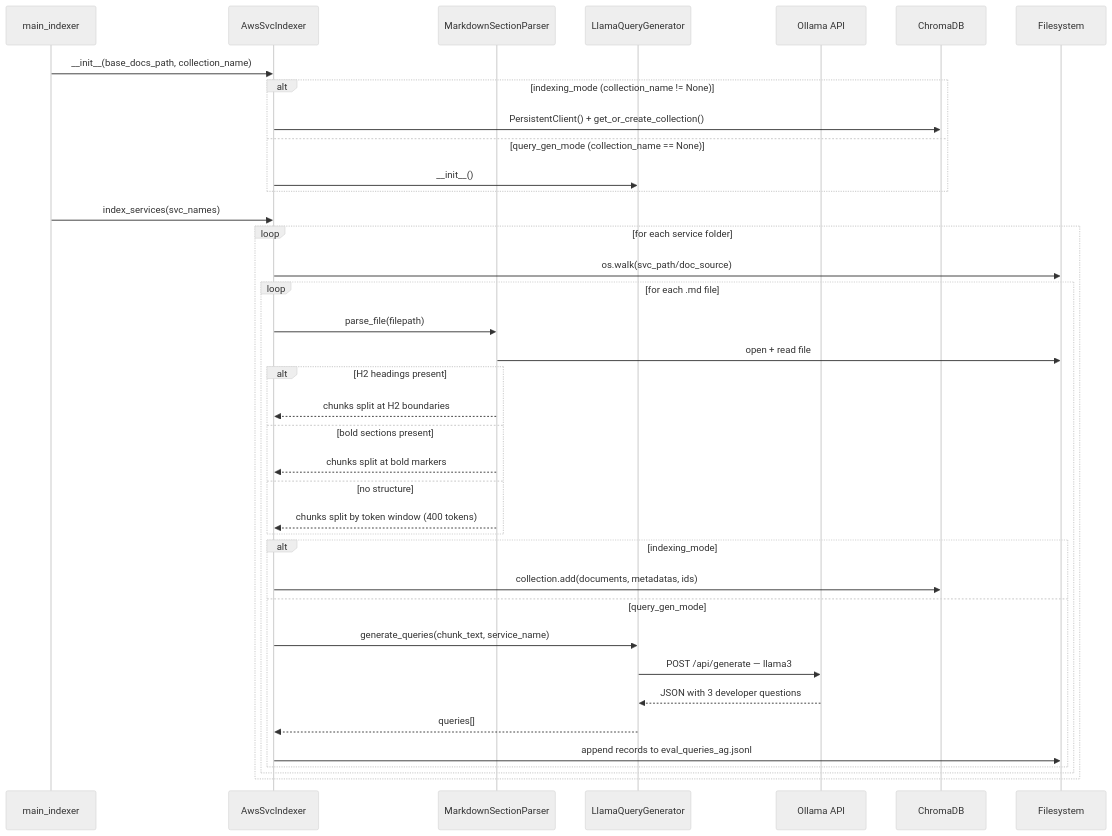
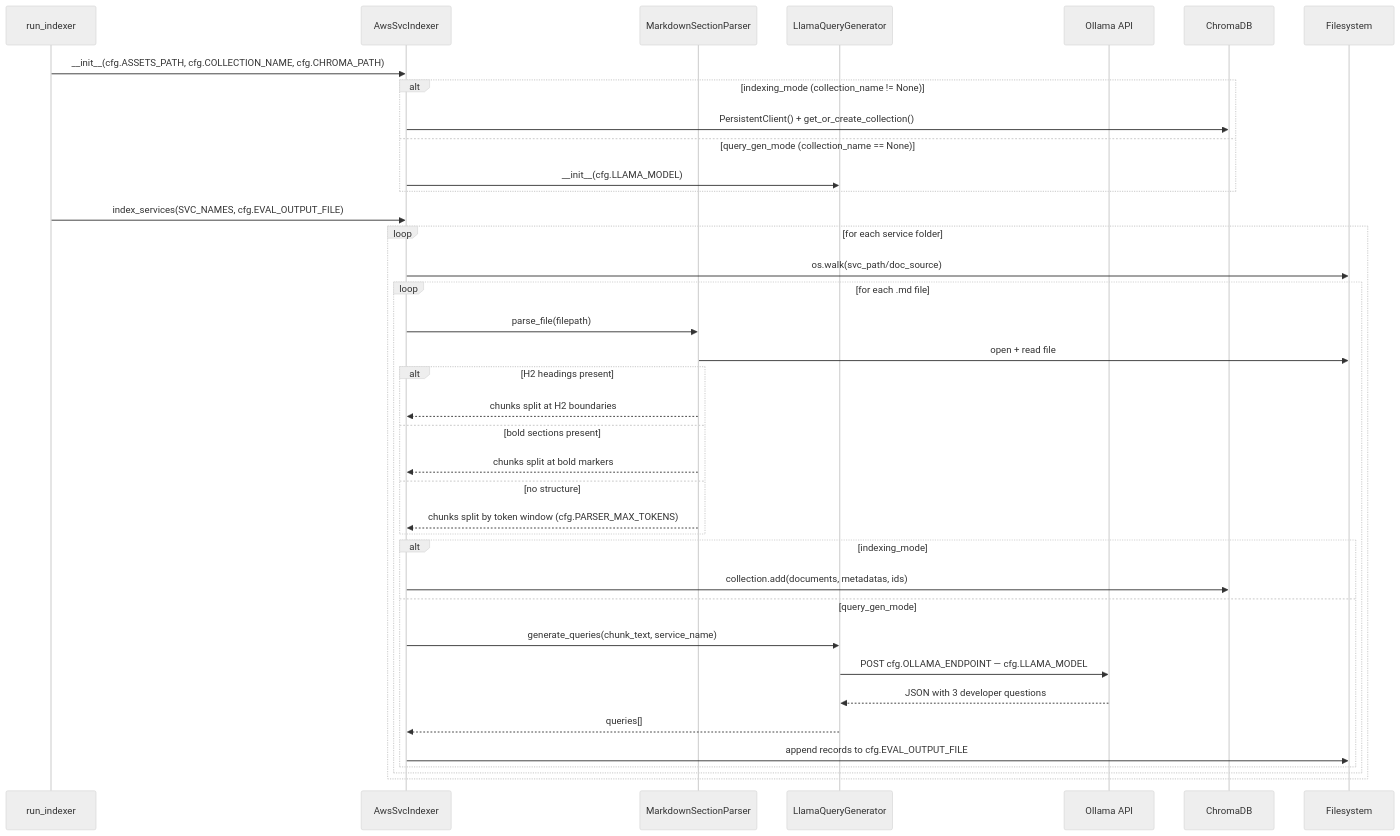
One commit to shijujt/total-recall changed the diagram in docs/seq_indexer.mmd. Above: the diagram before and after it, drawn with Mermaid (neutral theme). The commit also changed 4 other files, not shown here.

First line of the commit message:
Update Mermaid diagrams to reflect restructured project

```diff
--- a/docs/seq_indexer.mmd
+++ b/docs/seq_indexer.mmd
@@ -1,42 +1,42 @@
 sequenceDiagram
-    participant Script as main_indexer
+    participant Script as run_indexer
     participant Indexer as AwsSvcIndexer
     participant Parser as MarkdownSectionParser
     participant QG as LlamaQueryGenerator
     participant Ollama as Ollama API
     participant Chroma as ChromaDB
     participant FS as Filesystem
 
-    Script->>Indexer: __init__(base_docs_path, collection_name)
+    Script->>Indexer: __init__(cfg.ASSETS_PATH, cfg.COLLECTION_NAME, cfg.CHROMA_PATH)
     alt indexing_mode (collection_name != None)
         Indexer->>Chroma: PersistentClient() + get_or_create_collection()
     else query_gen_mode (collection_name == None)
-        Indexer->>QG: __init__()
+        Indexer->>QG: __init__(cfg.LLAMA_MODEL)
     end
 
-    Script->>Indexer: index_services(svc_names)
+    Script->>Indexer: index_services(SVC_NAMES, cfg.EVAL_OUTPUT_FILE)
 
     loop for each service folder
         Indexer->>FS: os.walk(svc_path/doc_source)
         loop for each .md file
             Indexer->>Parser: parse_file(filepath)
             Parser->>FS: open + read file
             alt H2 headings present
                 Parser-->>Indexer: chunks split at H2 boundaries
             else bold sections present
                 Parser-->>Indexer: chunks split at bold markers
             else no structure
-                Parser-->>Indexer: chunks split by token window (400 tokens)
+                Parser-->>Indexer: chunks split by token window (cfg.PARSER_MAX_TOKENS)
             end
 
             alt indexing_mode
                 Indexer->>Chroma: collection.add(documents, metadatas, ids)
             else query_gen_mode
                 Indexer->>QG: generate_queries(chunk_text, service_name)
-                QG->>Ollama: POST /api/generate — llama3
+                QG->>Ollama: POST cfg.OLLAMA_ENDPOINT — cfg.LLAMA_MODEL
                 Ollama-->>QG: JSON with 3 developer questions
                 QG-->>Indexer: queries[]
-                Indexer->>FS: append records to eval_queries_ag.jsonl
+                Indexer->>FS: append records to cfg.EVAL_OUTPUT_FILE
             end
         end
     end
```
